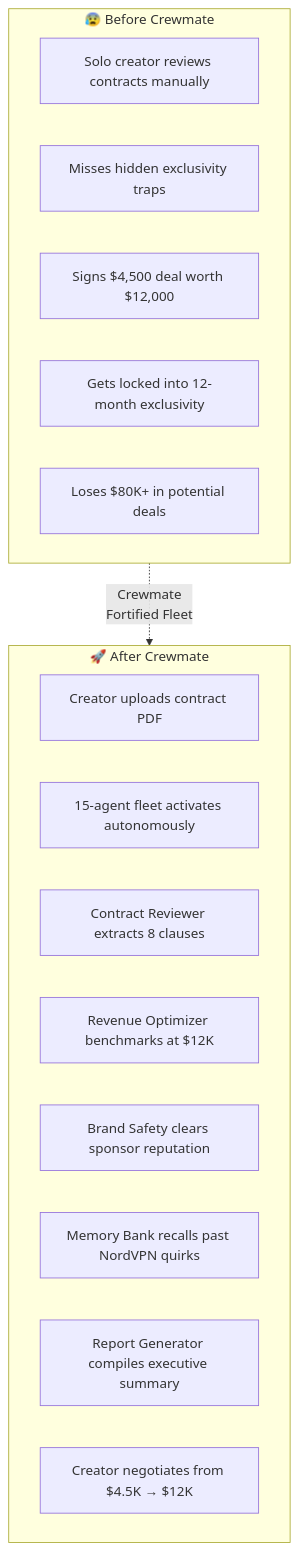
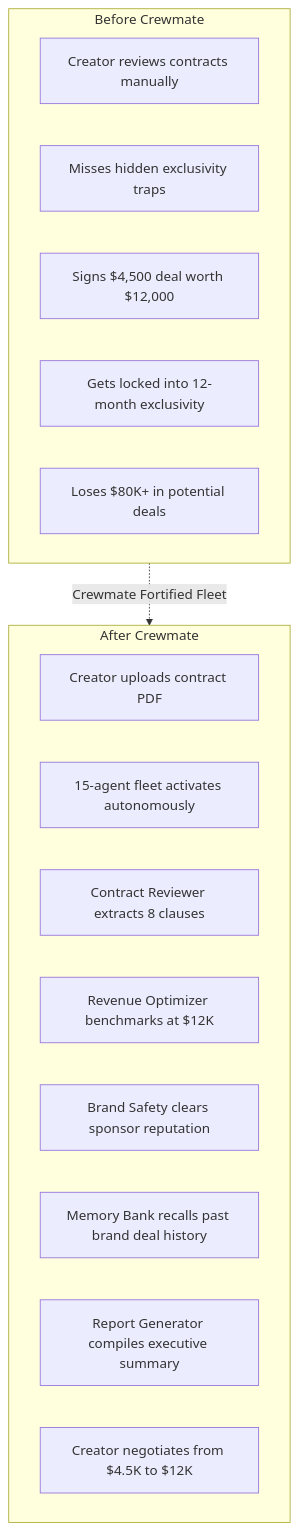
Before and after one commit to z-lovejeet/Crewmate: the second of 6 diagrams in README.md, drawn with Mermaid. The commit also changed other lines of this file and 2 other files, not shown here.

````diff
--- a/README.md
+++ b/README.md
@@ -85,23 +115,23 @@
 ```mermaid
 flowchart TD
-    subgraph BEFORE["😰 Before Crewmate"]
-        B1["Solo creator reviews contracts manually"]
+    subgraph BEFORE["Before Crewmate"]
+        B1["Creator reviews contracts manually"]
         B2["Misses hidden exclusivity traps"]
         B3["Signs $4,500 deal worth $12,000"]
         B4["Gets locked into 12-month exclusivity"]
         B5["Loses $80K+ in potential deals"]
     end
 
-    subgraph AFTER["🚀 After Crewmate"]
+    subgraph AFTER["After Crewmate"]
         A1["Creator uploads contract PDF"]
         A2["15-agent fleet activates autonomously"]
         A3["Contract Reviewer extracts 8 clauses"]
         A4["Revenue Optimizer benchmarks at $12K"]
         A5["Brand Safety clears sponsor reputation"]
-        A6["Memory Bank recalls past NordVPN quirks"]
+        A6["Memory Bank recalls past brand deal history"]
         A7["Report Generator compiles executive summary"]
-        A8["Creator negotiates from $4.5K → $12K"]
+        A8["Creator negotiates from $4.5K to $12K"]
     end
 
-    BEFORE -.->|"Crewmate\nFortified Fleet"| AFTER
+    BEFORE -.->|"Crewmate Fortified Fleet"| AFTER
 ```
````
